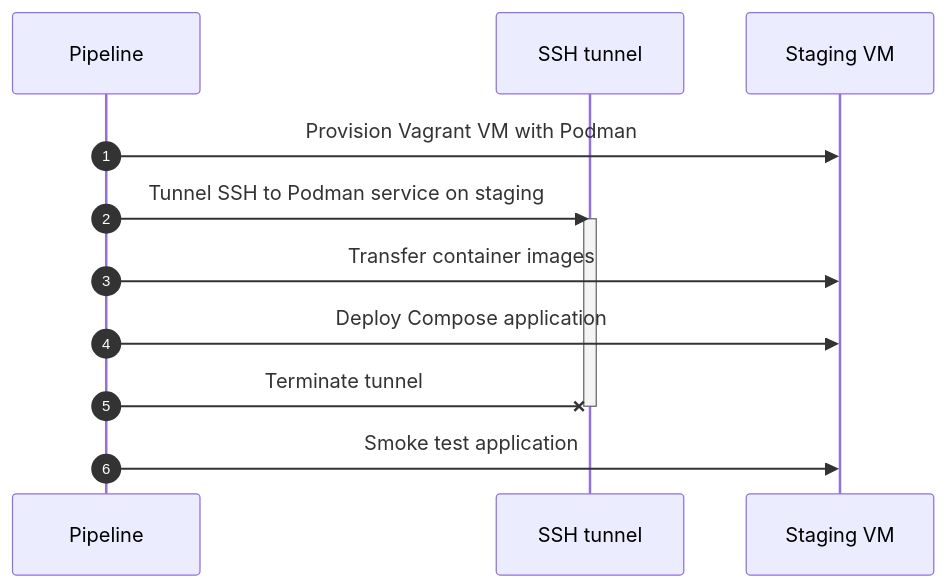
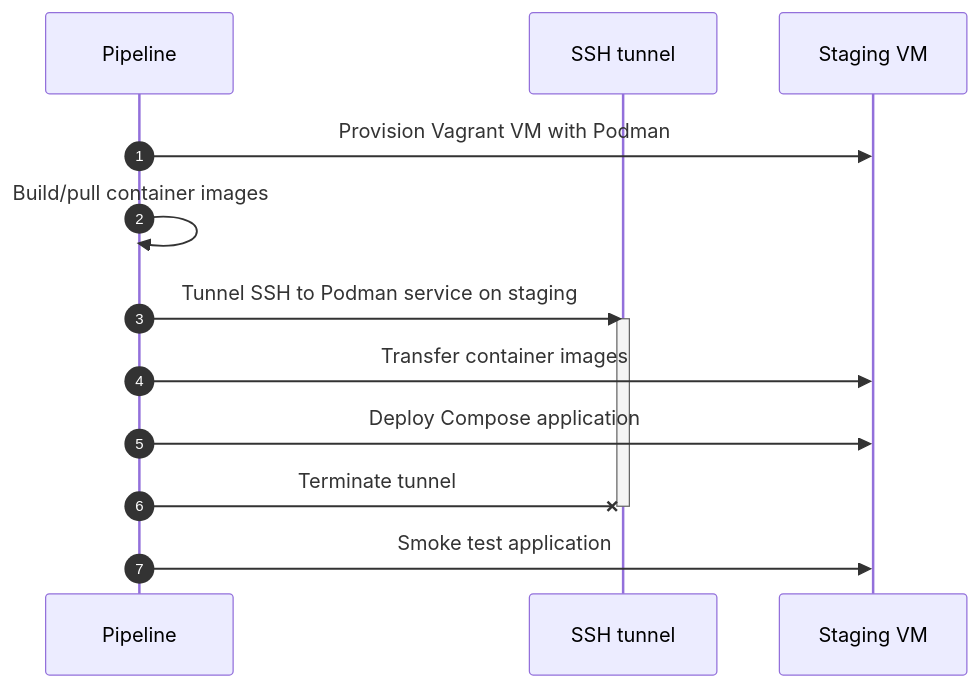
Before and after one commit to evolutics/kerek: the second of 2 diagrams in README.md, drawn with Mermaid. The commit also changed 4 other files, not shown here.

````diff
--- a/README.md
+++ b/README.md
@@ -120,16 +120,17 @@
 ```mermaid
 sequenceDiagram
     autonumber
     participant Pipeline
     participant SSH tunnel
     participant Staging VM
 
     Pipeline->>Staging VM: Provision Vagrant VM with Podman
+    Pipeline->>Pipeline: Build/pull container images
     Pipeline->>SSH tunnel: Tunnel SSH to Podman service on staging
     activate SSH tunnel
     Pipeline->>Staging VM: Transfer container images
     Pipeline->>Staging VM: Deploy Compose application
     Pipeline-xSSH tunnel: Terminate tunnel
     deactivate SSH tunnel
     Pipeline->>Staging VM: Smoke test application
 ```
````
